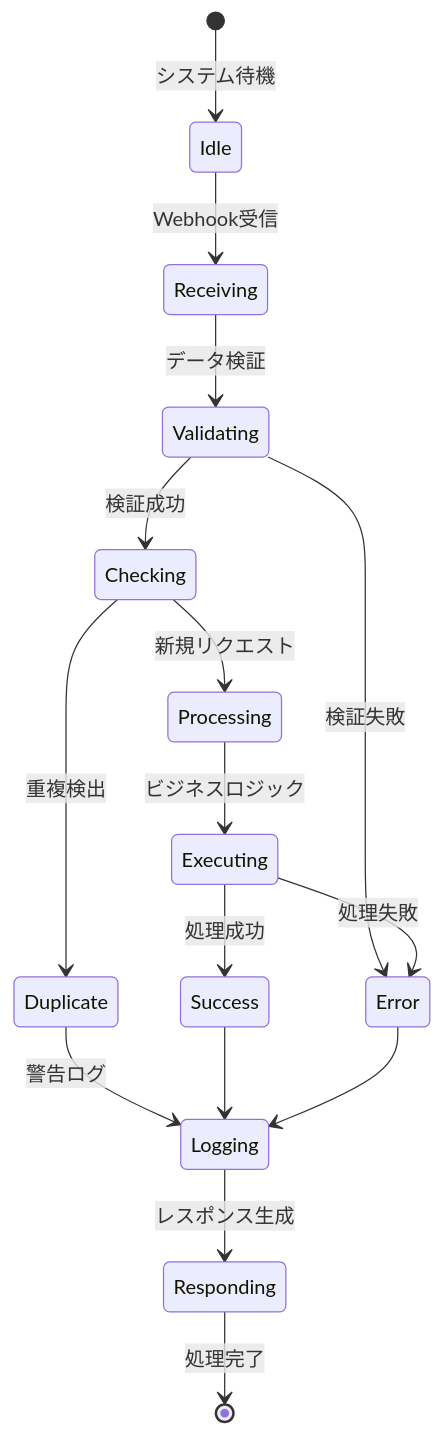
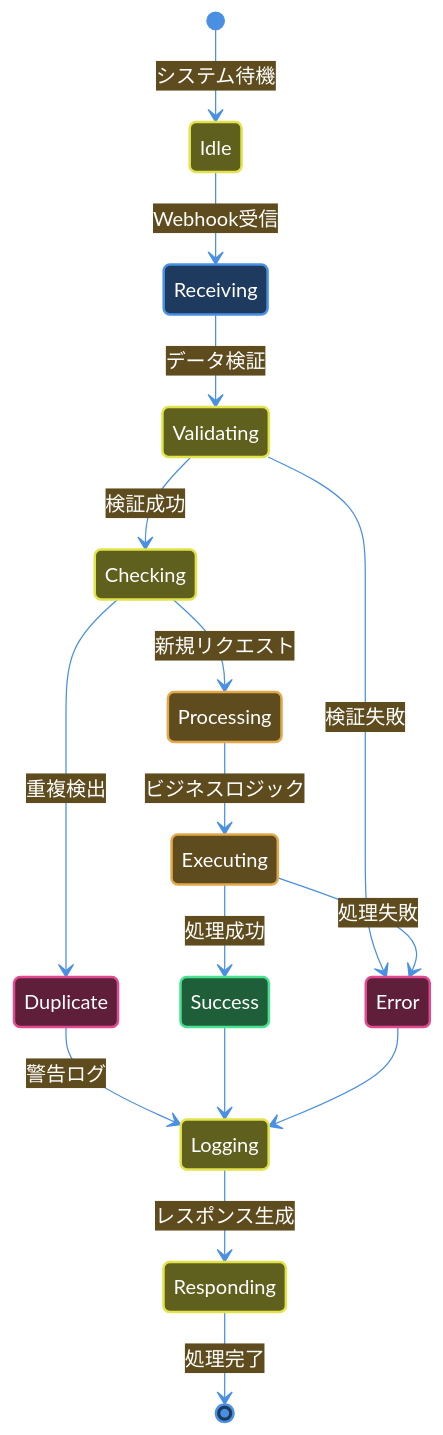
One commit to tasai-lab/appsheet-gas-automation changed the sixth of 8 diagrams in gas_projects/Appsheet_営業_音声記録/FLOW.md. Above: the diagram before and after it, drawn with Mermaid. The commit also changed 1 other file, not shown here.

Commit message:
docs: 状態遷移図の配色適用とrowUrl説明を追加
■ 状態遷移図の配色適用 (FLOW.md):
- stateDiagram-v2にテーマ変数とclassDef定義を追加
- 6つの状態クラスに配色を適用:
  * idleState（黄）: Idle
  * entryState（青）: Receiving
  * processState（オレンジ）: Processing, Executing
  * successState（緑）: Success
  * errorState（ピンク）: Error, Duplicate
  * utilState（黄）: Validating, Checking, Logging, Responding

■ rowUrl説明の追加 (README.md):
- 必須パラメータ一覧を追加
- rowUrlが実装されていないことを明記
- rowUrlはイベント・タスク作成プロジェクト用であることを説明
- このプロジェクトではactivityIdで特定するため不要であることを記載

関連: docs/ARCHITECTURE_DIAGRAM_COLOR_GUIDE.md

````diff
--- a/gas_projects/Appsheet_営業_音声記録/FLOW.md
+++ b/gas_projects/Appsheet_営業_音声記録/FLOW.md
@@ -198,24 +198,40 @@
 ```mermaid
+%%{init: {'theme':'base', 'themeVariables': {'primaryColor':'#1e3a5f','primaryTextColor':'#fff','primaryBorderColor':'#4a90e2','lineColor':'#4a90e2','secondaryColor':'#5f4c1e','tertiaryColor':'#1e5f3a','noteBkgColor':'#2d4a4a','noteTextColor':'#fff'}}}%%
 stateDiagram-v2
     [*] --> Idle: システム待機
     Idle --> Receiving: Webhook受信
     Receiving --> Validating: データ検証
     
     Validating --> Error: 検証失敗
     Validating --> Checking: 検証成功
     
     Checking --> Duplicate: 重複検出
     Checking --> Processing: 新規リクエスト
     
     Duplicate --> Logging: 警告ログ
     Processing --> Executing: ビジネスロジック
     
     Executing --> Success: 処理成功
     Executing --> Error: 処理失敗
     
     Success --> Logging
     Error --> Logging
     
     Logging --> Responding: レスポンス生成
     Responding --> [*]: 処理完了
+    
+    classDef idleState fill:#5f5f1e,stroke:#e2e24a,stroke-width:2px,color:#fff
+    classDef entryState fill:#1e3a5f,stroke:#4a90e2,stroke-width:2px,color:#fff
+    classDef processState fill:#5f4c1e,stroke:#e2a84a,stroke-width:2px,color:#fff
+    classDef successState fill:#1e5f3a,stroke:#4ae290,stroke-width:2px,color:#fff
+    classDef errorState fill:#5f1e3a,stroke:#e24a90,stroke-width:2px,color:#fff
+    classDef utilState fill:#5f5f1e,stroke:#e2e24a,stroke-width:2px,color:#fff
+    
+    class Idle idleState
+    class Receiving entryState
+    class Validating,Checking utilState
+    class Processing,Executing processState
+    class Success successState
+    class Error,Duplicate errorState
+    class Logging,Responding utilState
 ```
````
